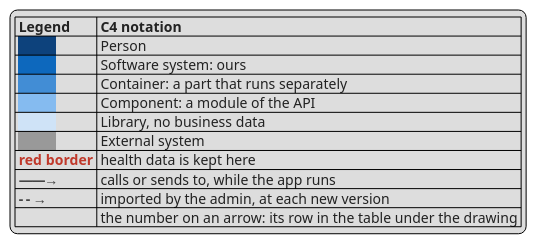
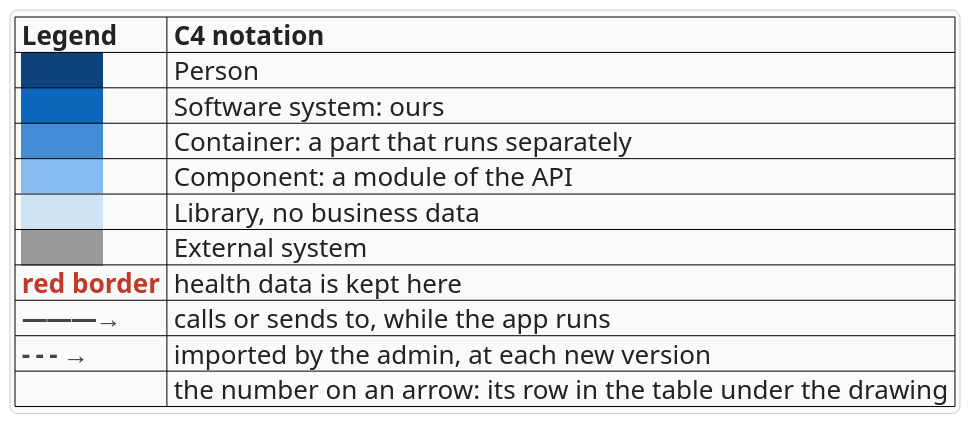
One commit to developedbyflow/ways-of-working changed the diagram in skills/docs-setup/assets/c4/legend.puml. Above: the diagram before and after it, drawn with PlantUML. The commit also changed 7 other files, not shown here.

Commit message:
feat(system-design, architecture, docs-setup): Structurizr's own look with the element types; diagrams.sh checks every arrow against its table

```diff
--- a/skills/docs-setup/assets/c4/legend.puml
+++ b/skills/docs-setup/assets/c4/legend.puml
@@ -1,13 +1,20 @@
+<style>
+legend {
+  FontSize 26
+  BackgroundColor #fafafa
+  LineColor #cccccc
+}
+</style>
 legend bottom left
-|= <color:#222222>Legend</color> |= <color:#222222>C4 notation</color> |
-| <back:#08427b>          </back> | <color:#222222>Person</color> |
-| <back:#1168bd>          </back> | <color:#222222>Software system: ours</color> |
-| <back:#438dd5>          </back> | <color:#222222>Container: a part that runs separately</color> |
-| <back:#85bbf0>          </back> | <color:#222222>Component: a module of the API</color> |
-| <back:#cfe3f7>          </back> | <color:#222222>Library, no business data</color> |
-| <back:#999999>          </back> | <color:#222222>External system</color> |
-| <color:#c0392b>**red border**</color> | <color:#222222>health data is kept here</color> |
-| <color:#444444>**——→**</color> | <color:#222222>calls or sends to, while the app runs</color> |
-| <color:#444444>**- - →**</color> | <color:#222222>imported by the admin, at each new version</color> |
-| | <color:#222222>the number on an arrow: its row in the table under the drawing</color> |
+|= <size:26><color:#222222>Legend</color></size> |= <size:26><color:#222222>C4 notation</color></size> |
+| <back:#08427b><size:26>            </size></back> | <size:26><color:#222222>Person</color></size> |
+| <back:#1168bd><size:26>            </size></back> | <size:26><color:#222222>Software system: ours</color></size> |
+| <back:#438dd5><size:26>            </size></back> | <size:26><color:#222222>Container: a part that runs separately</color></size> |
+| <back:#85bbf0><size:26>            </size></back> | <size:26><color:#222222>Component: a module of the API</color></size> |
+| <back:#cfe3f7><size:26>            </size></back> | <size:26><color:#222222>Library, no business data</color></size> |
+| <back:#999999><size:26>            </size></back> | <size:26><color:#222222>External system</color></size> |
+| <size:26><color:#c0392b>**red border**</color></size> | <size:26><color:#222222>health data is kept here</color></size> |
+| <size:26><color:#444444>**———→**</color></size> | <size:26><color:#222222>calls or sends to, while the app runs</color></size> |
+| <size:26><color:#444444>**- - - →**</color></size> | <size:26><color:#222222>imported by the admin, at each new version</color></size> |
+| | <size:26><color:#222222>the number on an arrow: its row in the table under the drawing</color></size> |
 endlegend
```
